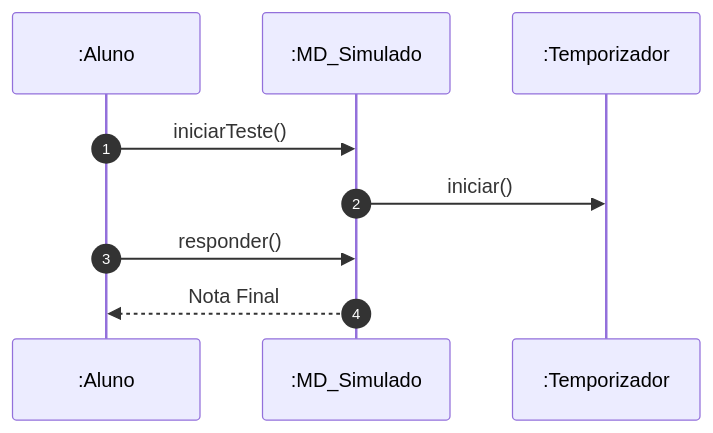
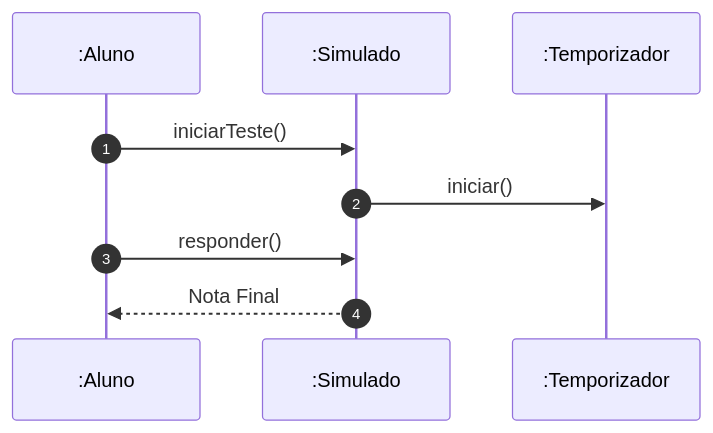
The second of 2 diagrams in PIM_III/02_Modelagem_UML_Astah/UC11_Realizar_Simulado_ENADE/README.md (MayconDIS/PIM_III-Documentacao_UML), drawn with Mermaid before and after one commit. The commit also changed other lines of this file and 86 other files, not shown here.

Commit message:
docs(uml): add comprehensive UML diagrams and tutorials for all 15 use cases

````diff
--- a/PIM_III/02_Modelagem_UML_Astah/UC11_Realizar_Simulado_ENADE/README.md
+++ b/PIM_III/02_Modelagem_UML_Astah/UC11_Realizar_Simulado_ENADE/README.md
@@ -66,11 +66,11 @@
 ```mermaid
 sequenceDiagram
     autonumber
     participant A as :Aluno
-    participant S as :MD_Simulado
+    participant S as :Simulado
     participant T as :Temporizador
     A->>S: iniciarTeste()
     S->>T: iniciar()
     A->>S: responder()
     S-->>A: Nota Final
 ```
````
